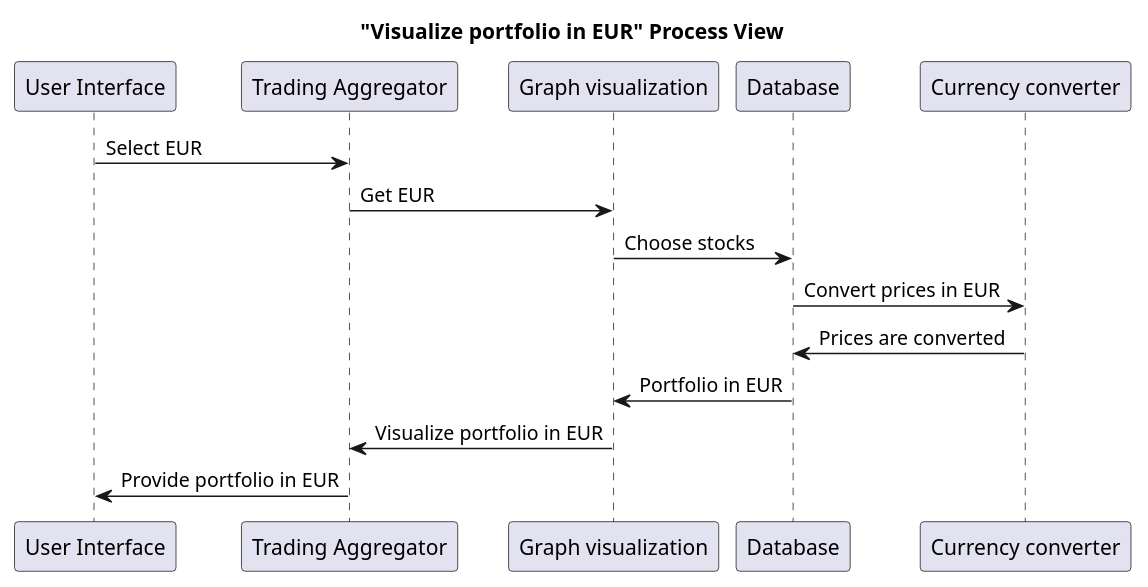
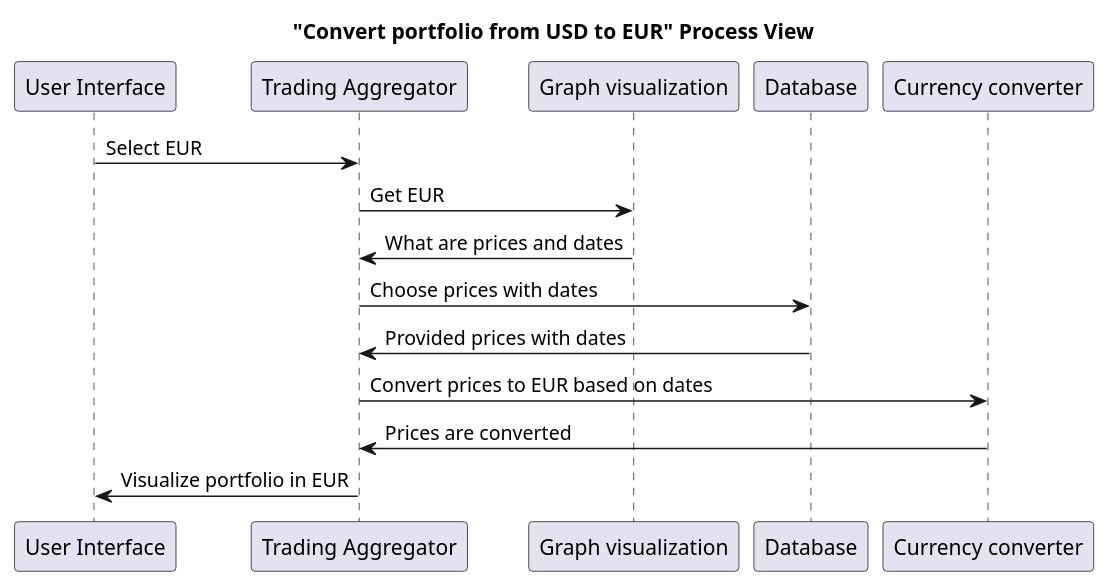
Diagram 18 of 18 in src/sa/model/index.md (USI-MSDE-SA-2022/software-architecture-model-tmshts), drawn with PlantUML before and after one commit. The commit also changed other lines of this file, not shown here.

````diff
--- a/src/sa/model/index.md
+++ b/src/sa/model/index.md
@@ -811,22 +805,22 @@
 ```puml
 @startuml
-title "Visualize portfolio in EUR" Process View
+title "Convert portfolio from USD to EUR" Process View
 
 participant "User Interface" as UI
 participant "Trading Aggregator" as TA
 participant "Graph visualization" as GV
 participant "Database" as DB
 participant "Currency converter" as CC
 
 
 UI -> TA: Select EUR
 TA -> GV: Get EUR
-GV -> DB: Choose stocks
-DB -> CC: Convert prices in EUR
-CC -> DB: Prices are converted
-DB -> GV: Portfolio in EUR
-GV -> TA: Visualize portfolio in EUR
-TA -> UI: Provide portfolio in EUR
+GV -> TA: What are prices and dates
+TA -> DB: Choose prices with dates
+DB -> TA: Provided prices with dates
+TA -> CC: Convert prices to EUR based on dates
+CC -> TA: Prices are converted
+TA -> UI: Visualize portfolio in EUR
 
 @enduml
 ```
````
